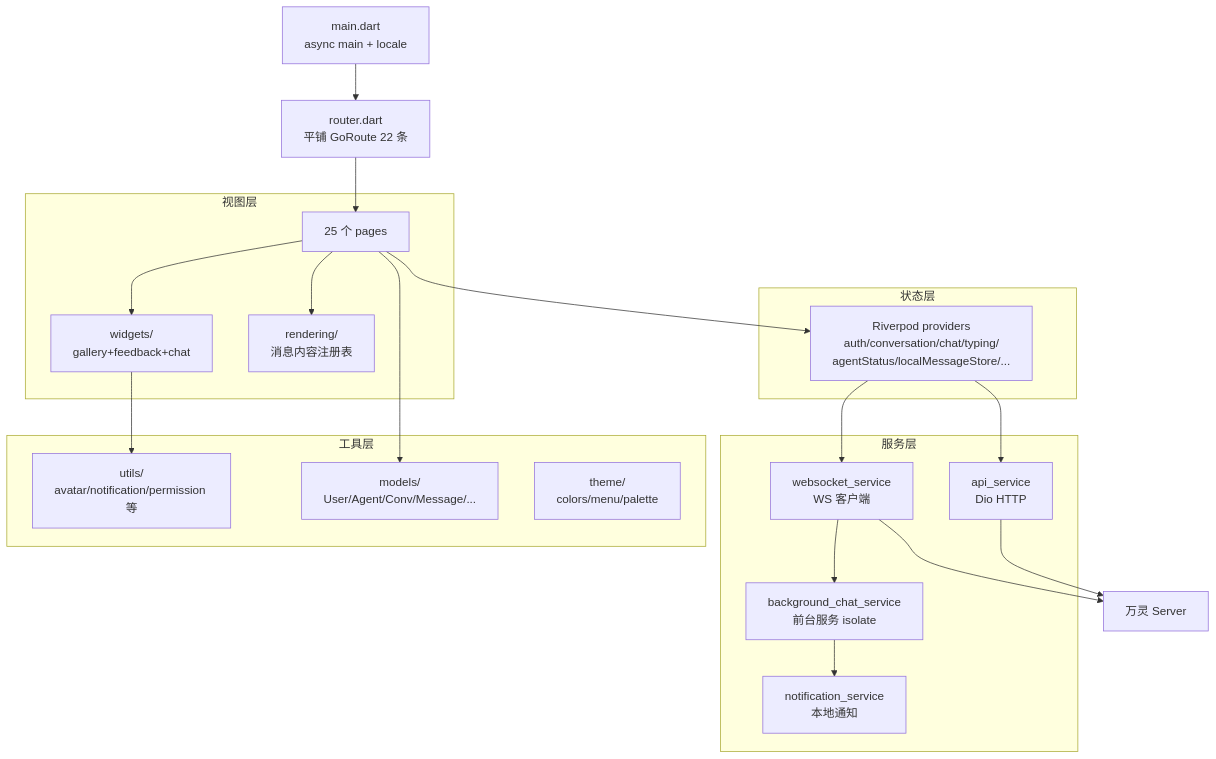
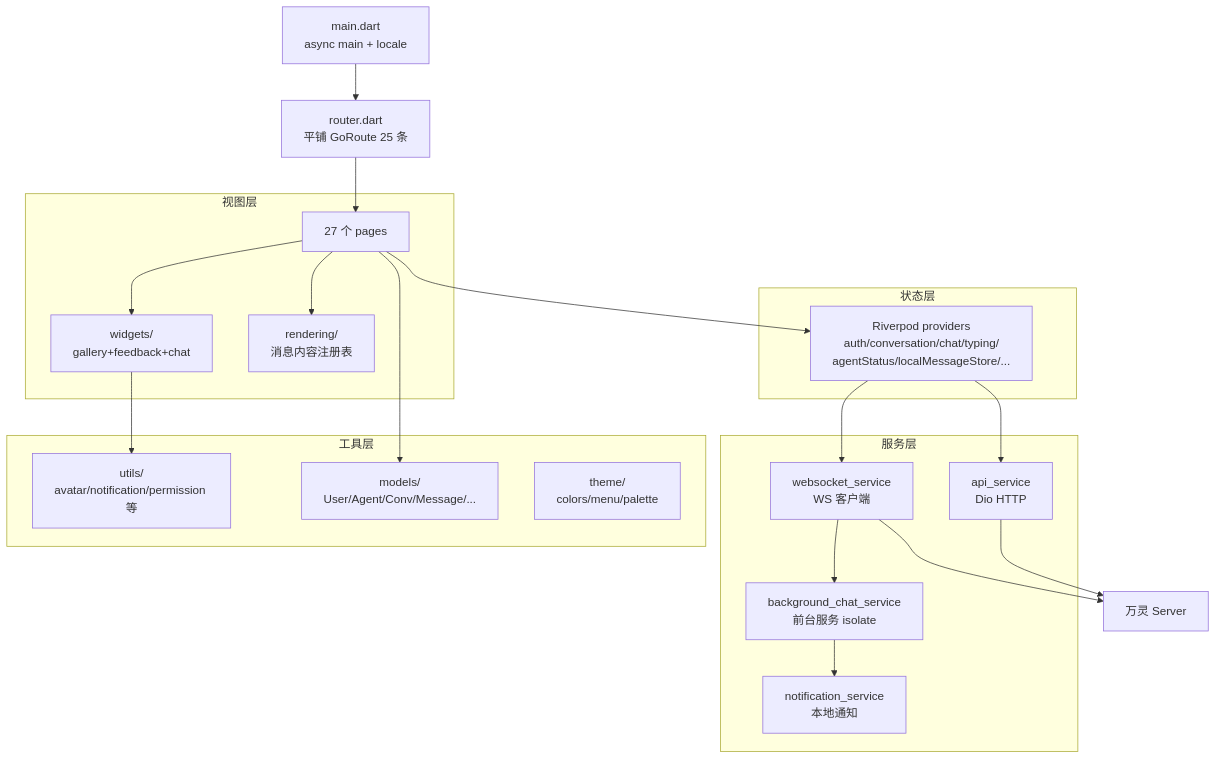
One commit to luoyu318/wanling changed the diagram in docs/architecture/app.md. Above: the diagram before and after it, drawn with Mermaid. The commit also changed other lines of this file and 12 other files, not shown here.

````diff
--- a/docs/architecture/app.md
+++ b/docs/architecture/app.md
@@ -7,44 +7,44 @@
 ```mermaid
 flowchart TB
     MAIN[main.dart<br/>async main + locale]
-    ROUTER[router.dart<br/>平铺 GoRoute 22 条]
+    ROUTER[router.dart<br/>平铺 GoRoute 25 条]
 
     subgraph 服务层
         API[api_service<br/>Dio HTTP]
         WS[websocket_service<br/>WS 客户端]
         BGSVC[background_chat_service<br/>前台服务 isolate]
         NOTIF[notification_service<br/>本地通知]
     end
 
     subgraph 状态层
         PROVIDERS[Riverpod providers<br/>auth/conversation/chat/typing/<br/>agentStatus/localMessageStore/...]
     end
 
     subgraph 视图层
-        PAGES[25 个 pages]
+        PAGES[27 个 pages]
         WIDGETS[widgets/<br/>gallery+feedback+chat]
         RENDER[rendering/<br/>消息内容注册表]
     end
 
     subgraph 工具层
         UTILS[utils/<br/>avatar/notification/permission 等]
         MODELS[models/<br/>User/Agent/Conv/Message/...]
         THEME[theme/<br/>colors/menu/palette]
     end
 
     SERVER[万灵 Server]
 
     MAIN --> ROUTER
     ROUTER --> PAGES
     PAGES --> PROVIDERS
     PROVIDERS --> API
     PROVIDERS --> WS
     WS --> BGSVC
     BGSVC --> NOTIF
     PAGES --> WIDGETS
     PAGES --> RENDER
     WIDGETS --> UTILS
     PAGES --> MODELS
     API --> SERVER
     WS --> SERVER
 ```
````
